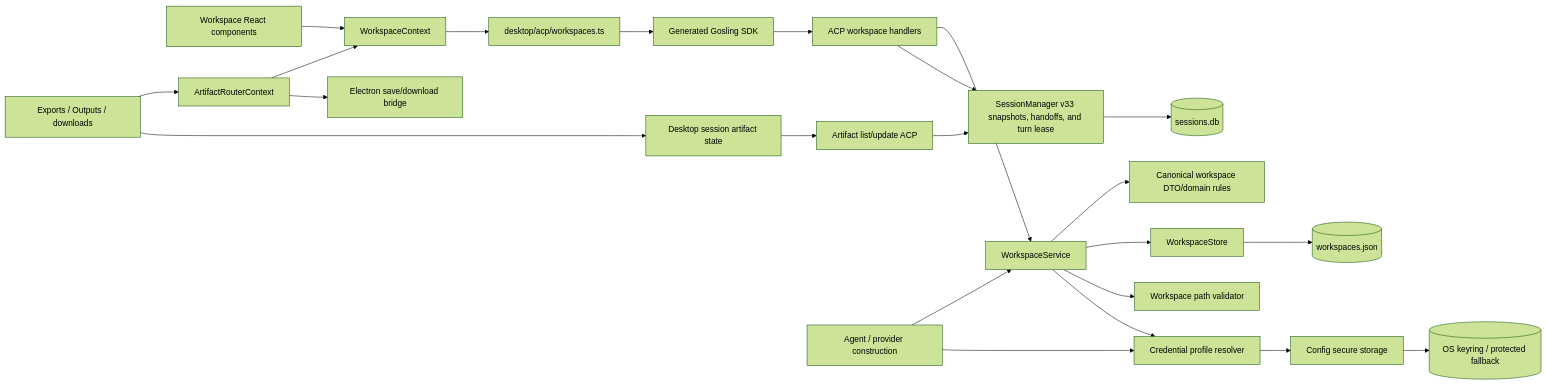
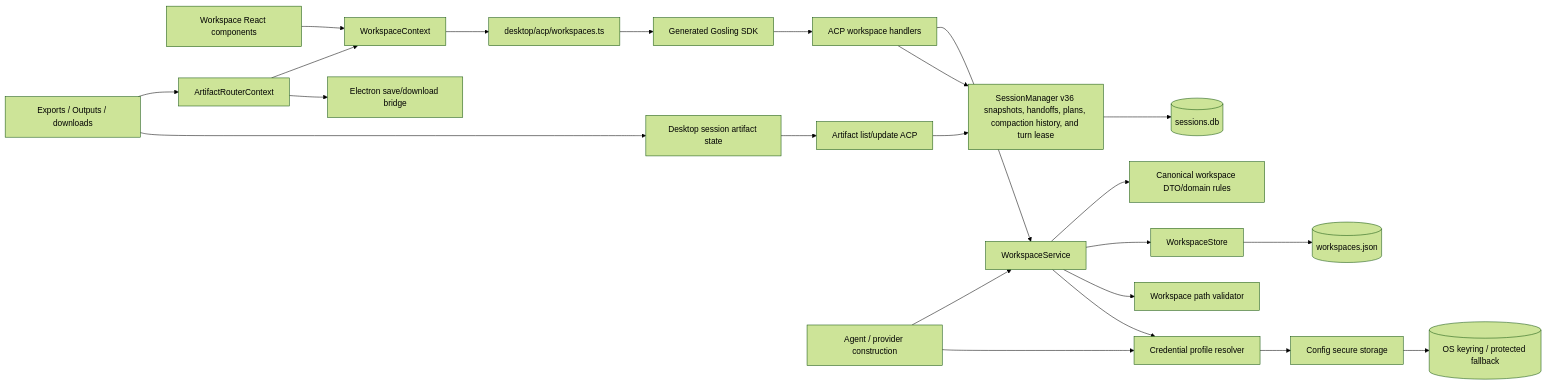
One commit to cephalopod-ai/gosling changed the first of 3 diagrams in docs/architecture.md. Above: the diagram before and after it, drawn with Mermaid (forest theme). The commit also changed other lines of this file and 6 other files, not shown here.

First line of the commit message:
docs: document host-enforced planning and context compaction history

````diff
--- a/docs/architecture.md
+++ b/docs/architecture.md
@@ -12,25 +12,25 @@
 ```mermaid
 flowchart LR
     UI[Workspace React components] --> Context[WorkspaceContext]
     ArtifactUI[Exports / Outputs / downloads] --> Router[ArtifactRouterContext]
     ArtifactUI --> ArtifactStore[Desktop session artifact state]
     ArtifactStore --> ArtifactACP[Artifact list/update ACP]
     ArtifactACP --> Sessions
     Router --> Context
     Router --> Electron[Electron save/download bridge]
     Context --> DesktopACP[desktop/acp/workspaces.ts]
     DesktopACP --> SDK[Generated Gosling SDK]
     SDK --> Handlers[ACP workspace handlers]
     Handlers --> Service[WorkspaceService]
     Service --> Domain[Canonical workspace DTO/domain rules]
     Service --> Store[WorkspaceStore]
     Service --> Validator[Workspace path validator]
     Service --> Credentials[Credential profile resolver]
     Store --> JSON[(workspaces.json)]
     Credentials --> Config[Config secure storage]
     Config --> Keyring[(OS keyring / protected fallback)]
-    Handlers --> Sessions[SessionManager v33 snapshots, handoffs, and turn lease]
+    Handlers --> Sessions[SessionManager v36 snapshots, handoffs, plans, compaction history, and turn lease]
     Sessions --> DB[(sessions.db)]
     Agent[Agent / provider construction] --> Service
     Agent --> Credentials
 ```
````
